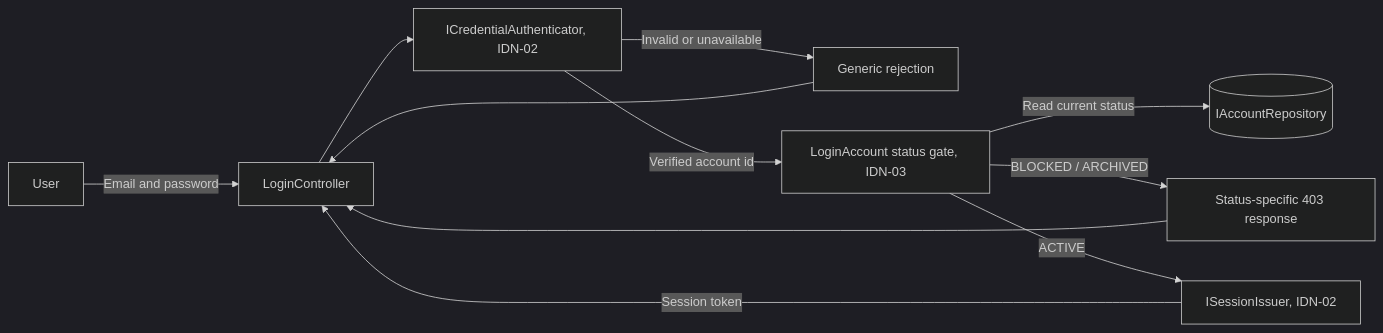
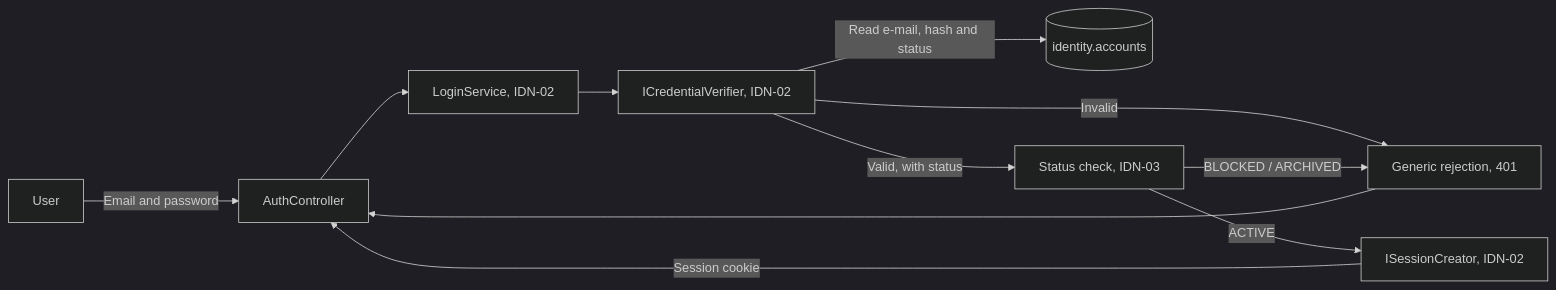
The second of 2 diagrams in docs/DATA_FLOW.md (Kikiriki007/security-lab), drawn with Mermaid (dark theme) before and after one commit. The commit also changed other lines of this file and 13 other files, not shown here.

First line of the commit message:
docs(identity): US-01 US-10 US-11 contracts, DFD, architecture and run instructions

````diff
--- a/docs/DATA_FLOW.md
+++ b/docs/DATA_FLOW.md
@@ -20,13 +20,13 @@
 ```mermaid
 flowchart LR
-  User[User] -->|Email and password| Login[LoginController]
-  Login --> Verify[ICredentialAuthenticator, IDN-02]
-  Verify -->|Invalid or unavailable| Reject[Generic rejection]
-  Verify -->|Verified account id| Status[LoginAccount status gate, IDN-03]
-  Status -->|Read current status| Accounts[(IAccountRepository)]
-  Status -->|BLOCKED / ARCHIVED| Message[Status-specific 403 response]
-  Status -->|ACTIVE| Issue[ISessionIssuer, IDN-02]
-  Issue -->|Session token| Login
+  User[User] -->|Email and password| Login[AuthController]
+  Login --> UseCase[LoginService, IDN-02]
+  UseCase --> Verify[ICredentialVerifier, IDN-02]
+  Verify -->|Read e-mail, hash and status| Accounts[(identity.accounts)]
+  Verify -->|Invalid| Reject[Generic rejection, 401]
+  Verify -->|Valid, with status| Status[Status check, IDN-03]
+  Status -->|BLOCKED / ARCHIVED| Reject
+  Status -->|ACTIVE| Issue[ISessionCreator, IDN-02]
+  Issue -->|Session cookie| Login
   Reject --> Login
-  Message --> Login
 ```
````
